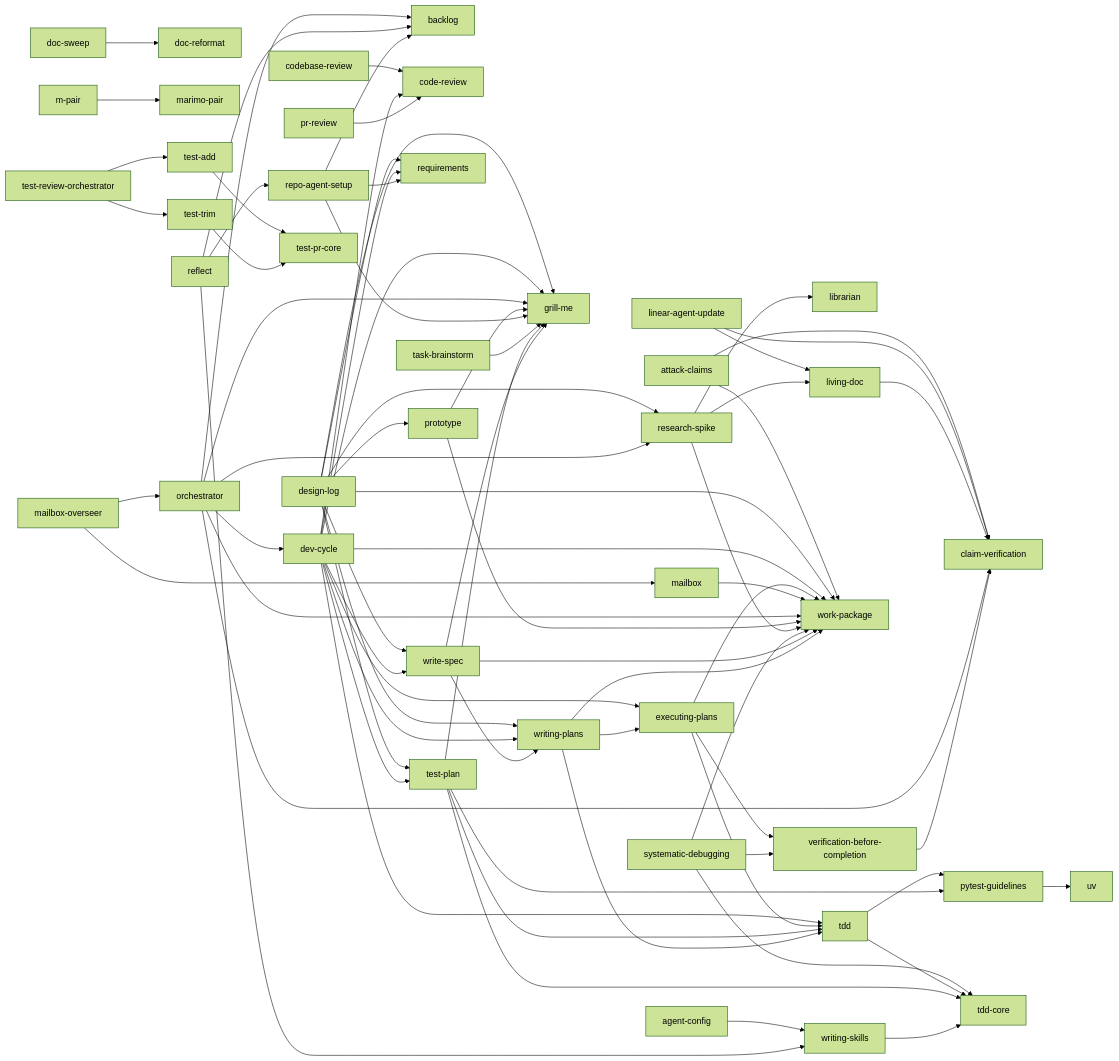
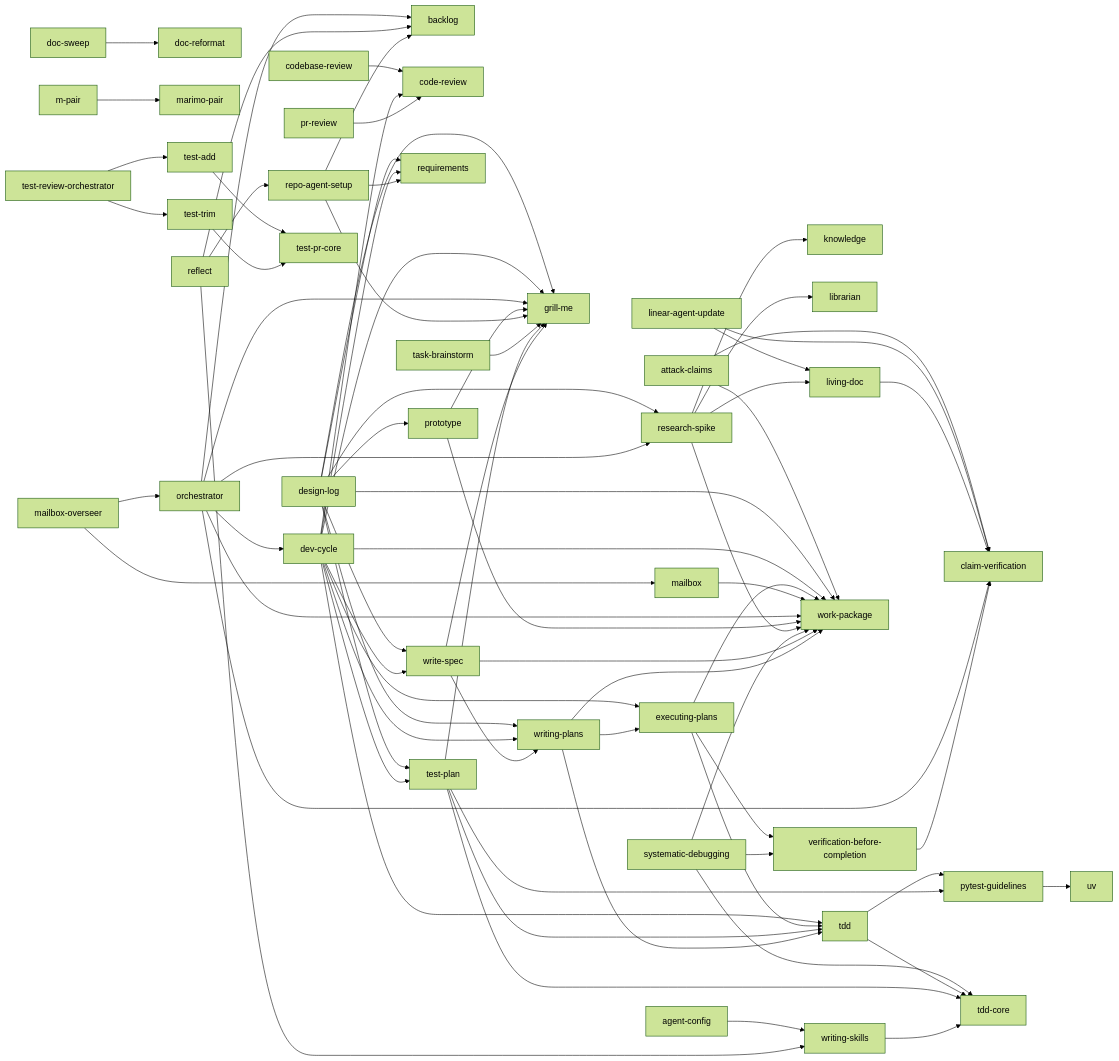
One commit to Haydeni0/agent-config changed the diagram in README.md. Above: the diagram before and after it, drawn with Mermaid (forest theme). The commit also changed 2 other files, not shown here.

Commit message:
fix(skills): research-spike knowledge store wiring
Backlog #94: research-spike never directed streams or synthesis to the
knowledge store; in the 2026-11-02 skillopt spike only 1 of 5 streams
searched the store (via the knowledge skill's own trigger, unreliably)
and synthesis claim-recording happened by stream initiative.

- stream brief template: search-first slot (hit = cited prior evidence,
  no-hit = one line in doc Steps)
- Synthesis step 5: verified load-bearing claims to the store via the
  knowledge skill's add flow
- REQ-SKILLS-29/30 filed; GREEN probe: fresh subagent on a
  store-settled sub-question searched the store before any other source
- README map edge regenerated against HEAD only; the working tree's
  concurrent caveman-compress of README prose is left uncommitted

```diff
--- a/README.md
+++ b/README.md
@@ -200,7 +200,7 @@
     %% handoff[handoff]
     %% herdr[herdr]
     %% jupyter_to_marimo[jupyter-to-marimo]
-    %% knowledge[knowledge]
+    knowledge[knowledge]
     %% kubectl[kubectl]
     %% lavish[lavish]
     librarian[librarian]
@@ -295,6 +295,7 @@
     repo_agent_setup --> grill_me
     repo_agent_setup --> backlog
     repo_agent_setup --> requirements
+    research_spike --> knowledge
     research_spike --> librarian
     research_spike --> living_doc
     research_spike --> work_package
```
